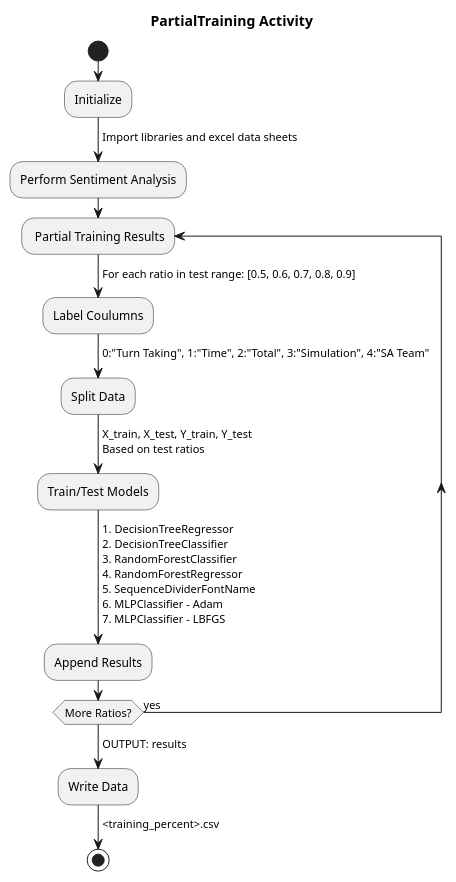
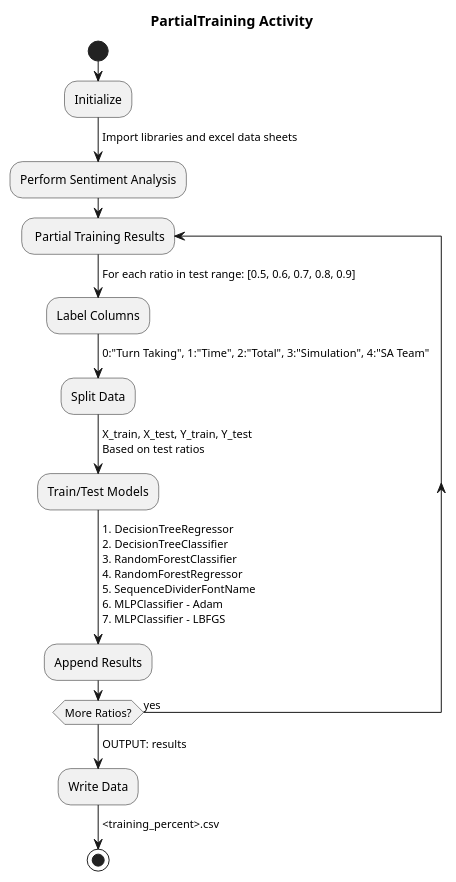
One commit to benjobean123/Thesis changed the diagram in Code/diagrams/PartialTrainingActivity.wsd. Above: the diagram before and after it, drawn with PlantUML. The commit also changed 7 other files, not shown here.

Commit message:
corrected typos in diagrams

```diff
--- a/Code/diagrams/PartialTrainingActivity.wsd
+++ b/Code/diagrams/PartialTrainingActivity.wsd
@@ -1,38 +1,38 @@
 @startuml PartialTraining Activity
 
 title PartialTraining Activity
 start
 :Initialize;
 -> Import libraries and excel data sheets;
 
 :Perform Sentiment Analysis;
 
 repeat: Partial Training Results;
     -> For each ratio in test range: [0.5, 0.6, 0.7, 0.8, 0.9];
     
-    :Label Coulumns;
+    :Label Columns;
     -> 0:"Turn Taking", 1:"Time", 2:"Total", 3:"Simulation", 4:"SA Team";
     
     :Split Data;
     -> X_train, X_test, Y_train, Y_test
     Based on test ratios;
     
     :Train/Test Models;
     ->1. DecisionTreeRegressor
     2. DecisionTreeClassifier
     3. RandomForestClassifier
     4. RandomForestRegressor
     5. SequenceDividerFontName
     6. MLPClassifier - Adam
     7. MLPClassifier - LBFGS;
     
     :Append Results;
 
 repeat while (More Ratios?) is (yes)
 -> OUTPUT: results;
 :Write Data;
 -> <training_percent>.csv;
 
 
 stop
 @enduml
```
